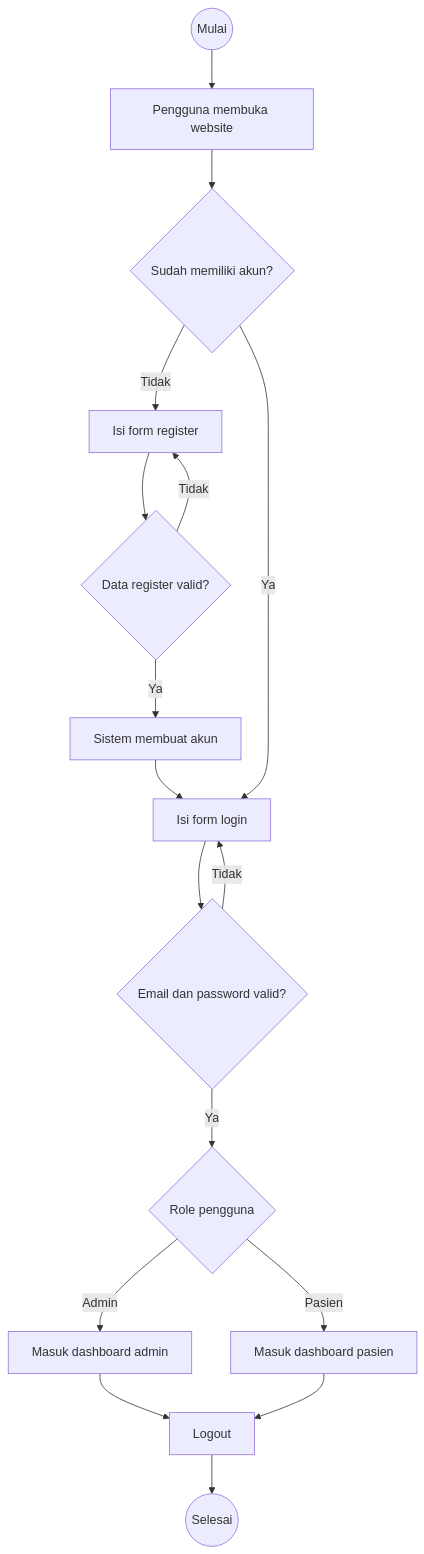
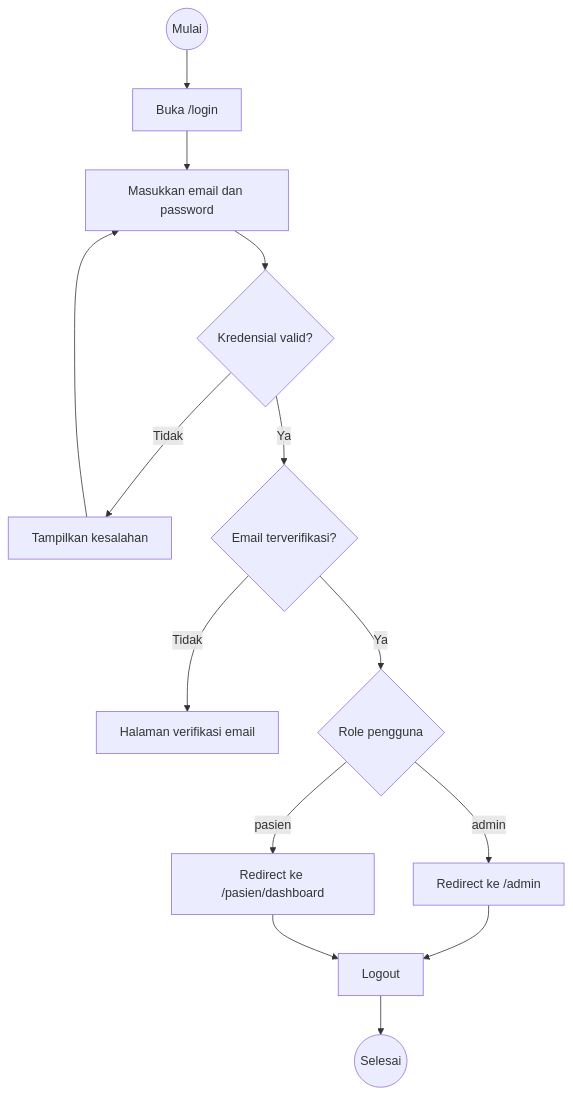
One commit to Faathir81/Sistem-Informasi-Klinik changed the first of 7 diagrams in dokumentasi/spesifikasi-proyek/activity-diagrams.md. Above: the diagram before and after it, drawn with Mermaid. The commit also changed other lines of this file and 5 other files, not shown here.

Commit message:
docs: align project specifications and diagrams with current implementation

````diff
--- a/dokumentasi/spesifikasi-proyek/activity-diagrams.md
+++ b/dokumentasi/spesifikasi-proyek/activity-diagrams.md
@@ -7,30 +7,15 @@
 ```mermaid
 flowchart TD
-    start((Mulai))
-    open[Pengguna membuka website]
-    choose{Sudah memiliki akun?}
-    register[Isi form register]
-    validateRegister{Data register valid?}
-    createAccount[Sistem membuat akun]
-    login[Isi form login]
-    validateLogin{Email dan password valid?}
-    checkRole{Role pengguna}
-    adminDashboard[Masuk dashboard admin]
-    patientDashboard[Masuk dashboard pasien]
-    logout[Logout]
-    finish((Selesai))
-
-    start --> open --> choose
-    choose -- Tidak --> register --> validateRegister
-    validateRegister -- Tidak --> register
-    validateRegister -- Ya --> createAccount --> login
-    choose -- Ya --> login
-    login --> validateLogin
-    validateLogin -- Tidak --> login
-    validateLogin -- Ya --> checkRole
-    checkRole -- Admin --> adminDashboard
-    checkRole -- Pasien --> patientDashboard
-    adminDashboard --> logout
-    patientDashboard --> logout
-    logout --> finish
+    start((Mulai)) --> open[Buka /login]
+    open --> submit[Masukkan email dan password]
+    submit --> valid{Kredensial valid?}
+    valid -- Tidak --> error[Tampilkan kesalahan] --> submit
+    valid -- Ya --> verify{Email terverifikasi?}
+    verify -- Tidak --> notice[Halaman verifikasi email]
+    verify -- Ya --> role{Role pengguna}
+    role -- admin --> admin[Redirect ke /admin]
+    role -- pasien --> pasien[Redirect ke /pasien/dashboard]
+    admin --> logout[Logout]
+    pasien --> logout
+    logout --> finish((Selesai))
 ```
````
